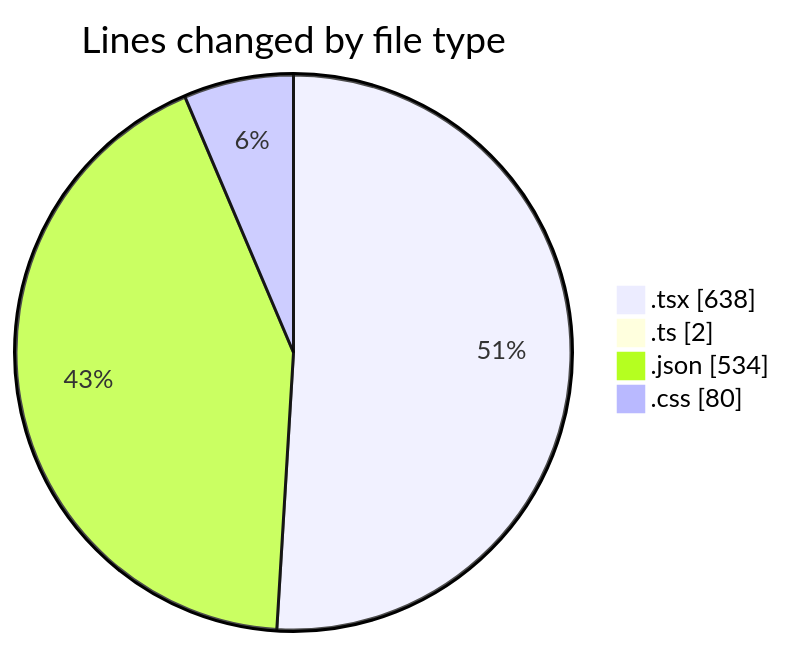
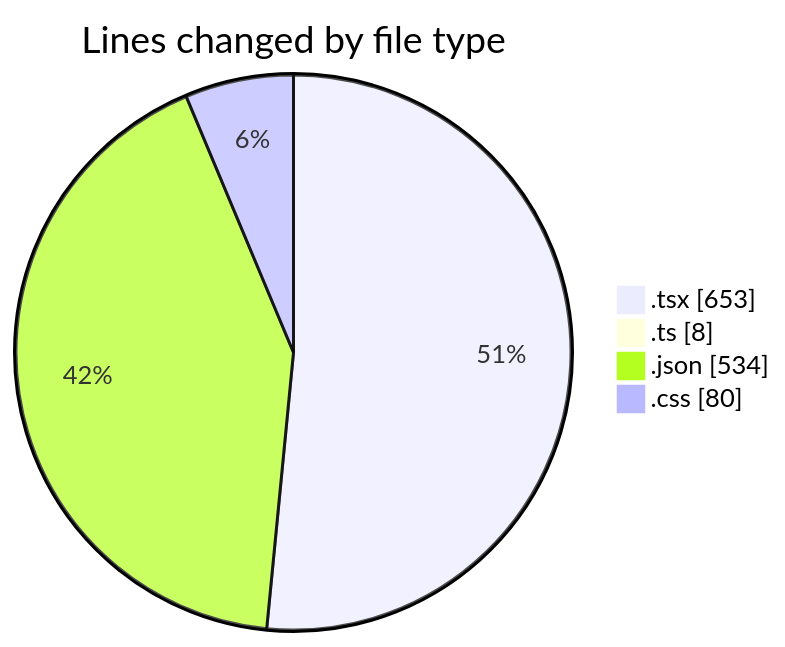
One commit to EIIisD/code-tracking changed the first of 2 diagrams in 2025-08-02/tw-server/README.md. Above: the diagram before and after it, drawn with Mermaid. The commit also changed other lines of this file and 1 other file, not shown here.

````diff
--- a/2025-08-02/tw-server/README.md
+++ b/2025-08-02/tw-server/README.md
@@ -25,8 +25,8 @@
 ```mermaid
 pie showData
 title Lines changed by file type
-".tsx" : 638
-".ts" : 2
+".tsx" : 653
+".ts" : 8
 ".json" : 534
 ".css" : 80
 ```
````
